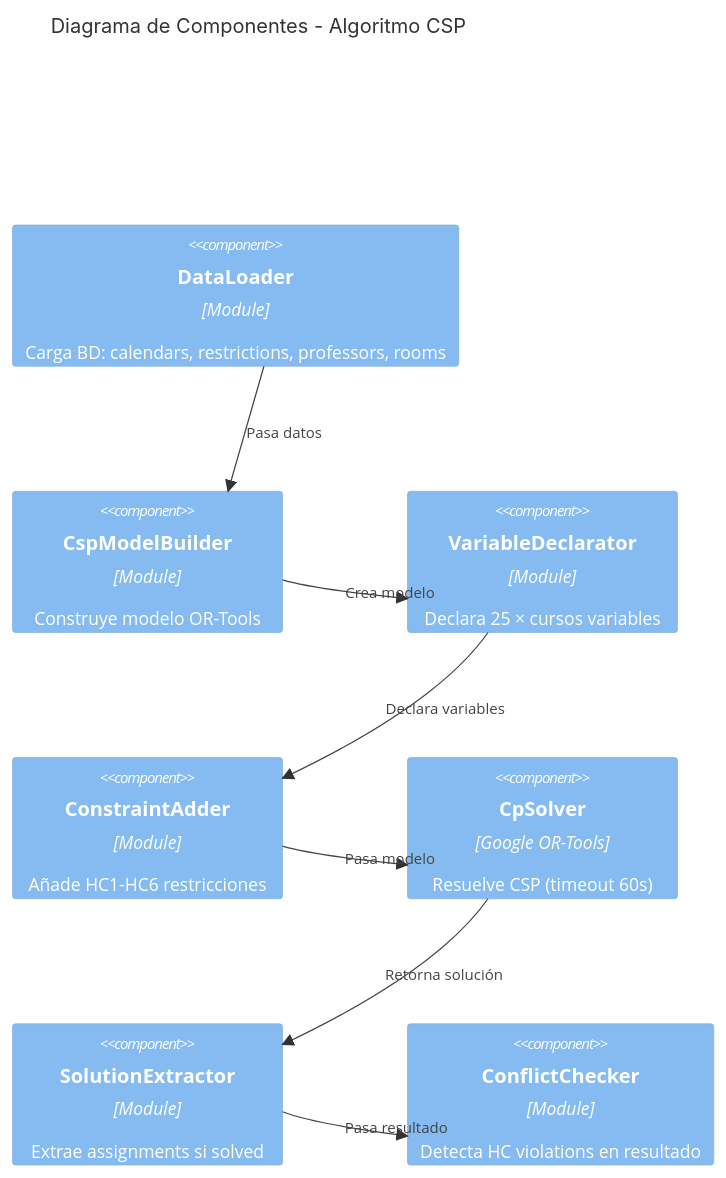
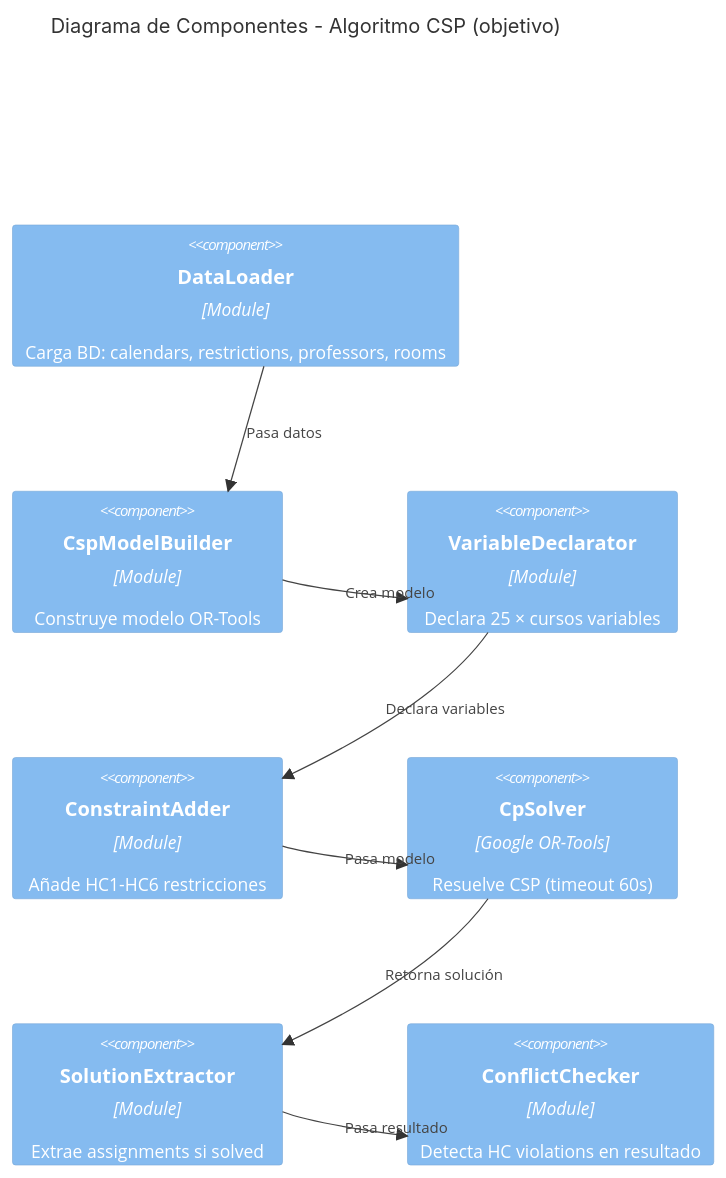
Diagram 12 of 12 in docs/arquitectura/DIAGRAMA_C4.md (kiketon007/CalendarSchool), drawn with Mermaid before and after one commit. The commit also changed other lines of this file and 4 other files, not shown here.

````diff
--- a/docs/arquitectura/DIAGRAMA_C4.md
+++ b/docs/arquitectura/DIAGRAMA_C4.md
@@ -175,19 +426,19 @@
 ```mermaid
 C4Component
-    title Diagrama de Componentes - Algoritmo CSP
+    title Diagrama de Componentes - Algoritmo CSP (objetivo)
 
     Component(input_loader, "DataLoader", "Module", "Carga BD: calendars, restrictions, professors, rooms")
     Component(model_builder, "CspModelBuilder", "Module", "Construye modelo OR-Tools")
     Component(var_declarator, "VariableDeclarator", "Module", "Declara 25 × cursos variables")
     Component(constraint_adder, "ConstraintAdder", "Module", "Añade HC1-HC6 restricciones")
     Component(solver_executor, "CpSolver", "Google OR-Tools", "Resuelve CSP (timeout 60s)")
     Component(solution_extractor, "SolutionExtractor", "Module", "Extrae assignments si solved")
     Component(conflict_checker, "ConflictChecker", "Module", "Detecta HC violations en resultado")
 
     Rel(input_loader, model_builder, "Pasa datos", "")
     Rel(model_builder, var_declarator, "Crea modelo", "")
     Rel(var_declarator, constraint_adder, "Declara variables", "")
     Rel(constraint_adder, solver_executor, "Pasa modelo", "")
     Rel(solver_executor, solution_extractor, "Retorna solución", "")
     Rel(solution_extractor, conflict_checker, "Pasa resultado", "")
 ```
````
